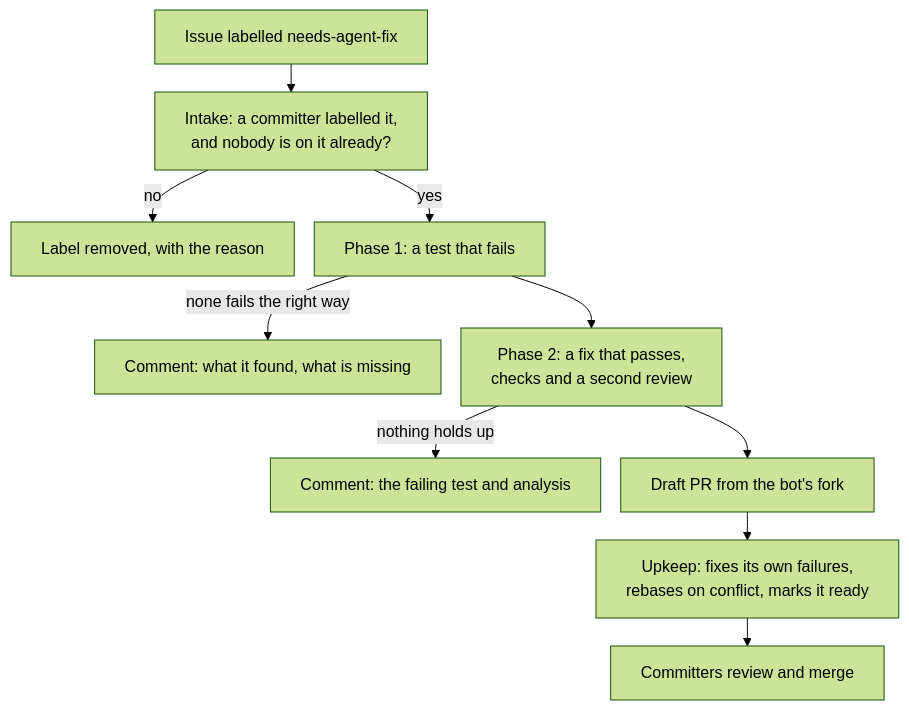
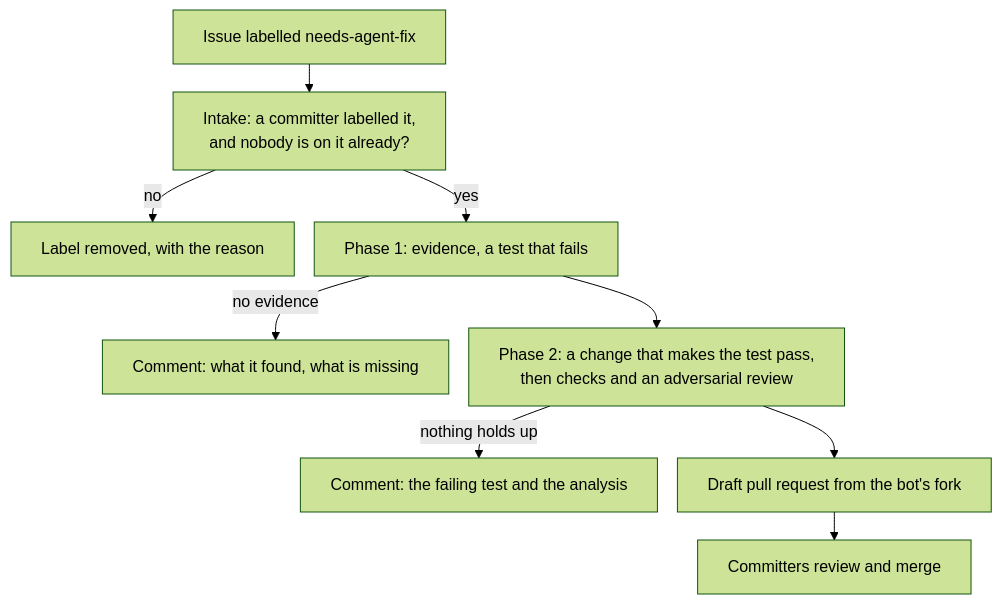
The first of 4 diagrams in docs/design/software-factory.md (sarthakaggarwal97/valkey-ci-agent), drawn with Mermaid (forest theme) before and after one commit. The commit also changed other lines of this file, not shown here.

````diff
--- a/docs/design/software-factory.md
+++ b/docs/design/software-factory.md
@@ -18,13 +77,12 @@
 ```mermaid
 %%{init: {"flowchart": {"nodeSpacing": 20, "rankSpacing": 28, "wrappingWidth": 360}}}%%
 flowchart TD
     A["Issue labelled needs-agent-fix"] --> B["Intake: a committer labelled it,<br/>and nobody is on it already?"]
     B -->|"no"| X["Label removed, with the reason"]
-    B -->|"yes"| C["Phase 1: a test that fails"]
-    C -->|"none fails the right way"| D["Comment: what it found, what is missing"]
-    C --> E["Phase 2: a fix that passes,<br/>checks and a second review"]
-    E -->|"nothing holds up"| F["Comment: the failing test and analysis"]
-    E --> G["Draft PR from the bot's fork"]
-    G --> H["Upkeep: fixes its own failures,<br/>rebases on conflict, marks it ready"]
-    H --> I["Committers review and merge"]
+    B -->|"yes"| C["Phase 1: evidence, a test that fails"]
+    C -->|"no evidence"| D["Comment: what it found, what is missing"]
+    C --> E["Phase 2: a change that makes the test pass,<br/>then checks and an adversarial review"]
+    E -->|"nothing holds up"| F["Comment: the failing test and the analysis"]
+    E --> G["Draft pull request from the bot's fork"]
+    G --> H["Committers review and merge"]
 ```
````
